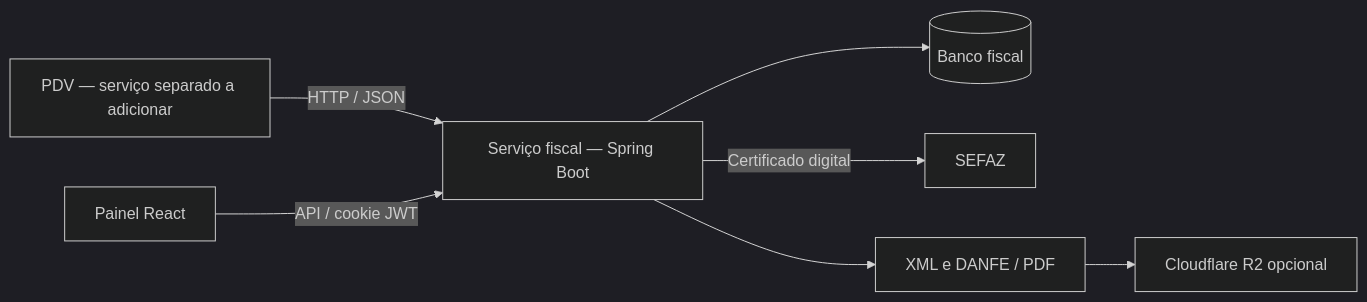
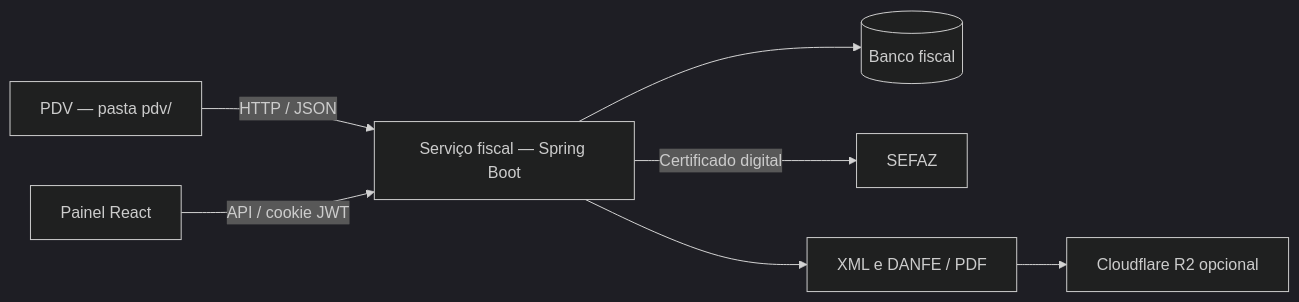
Before and after one commit to Murilo-Rodrigues69/microservices: the diagram in README.md, drawn with Mermaid (dark theme). The commit also changed other lines of this file and 94 other files, not shown here.

````diff
--- a/README.md
+++ b/README.md
@@ -7,9 +7,9 @@
 ```mermaid
 flowchart LR
-    PDV[PDV — serviço separado a adicionar] -->|HTTP / JSON| Fiscal[Serviço fiscal — Spring Boot]
+    PDV[PDV — pasta pdv/] -->|HTTP / JSON| Fiscal[Serviço fiscal — Spring Boot]
     Painel[Painel React] -->|API / cookie JWT| Fiscal
     Fiscal --> Banco[(Banco fiscal)]
     Fiscal -->|Certificado digital| SEFAZ[SEFAZ]
     Fiscal --> Docs[XML e DANFE / PDF]
     Docs --> R2[Cloudflare R2 opcional]
 ```
````
